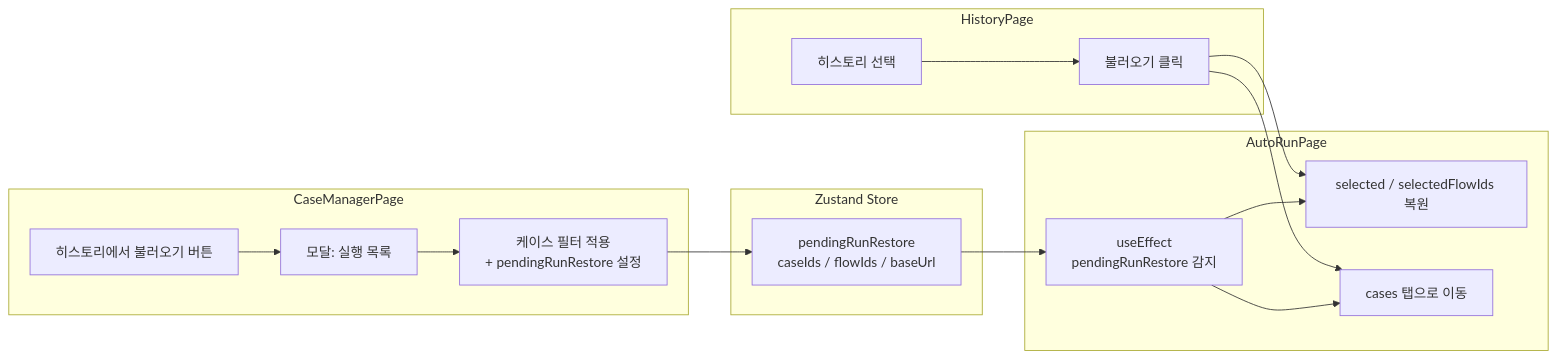
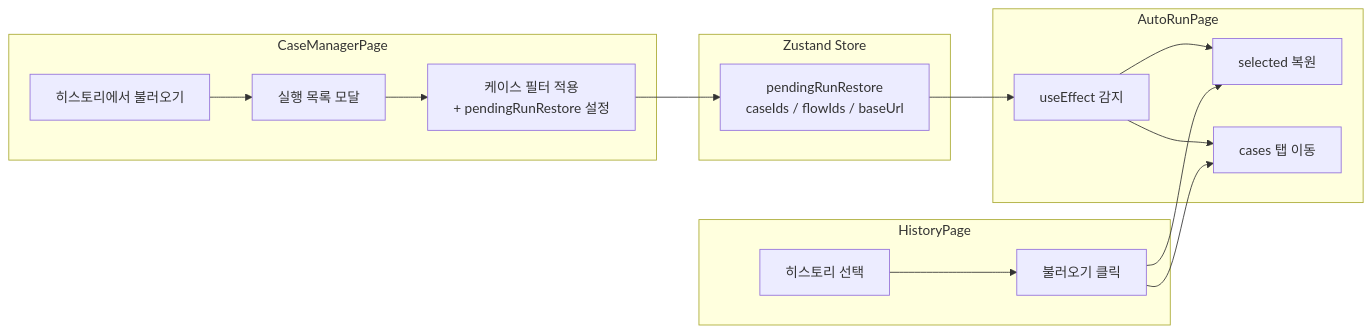
The fifth of 8 diagrams in docs/서비스플로우.md (KIMjongYoun1/QASingle), drawn with Mermaid before and after one commit. The commit also changed other lines of this file and 36 other files, not shown here.

````diff
--- a/docs/서비스플로우.md
+++ b/docs/서비스플로우.md
@@ -90,34 +140,29 @@
 ```mermaid
 flowchart LR
     subgraph HistoryPage
         H1[히스토리 선택]
         H2[불러오기 클릭]
-    end
-
-    subgraph Zustand Store
-        Z1[pendingRunRestore\ncaseIds / flowIds / baseUrl]
+        H1 --> H2
     end
 
     subgraph CaseManagerPage
-        C1[히스토리에서 불러오기 버튼]
-        C2[모달: 실행 목록]
+        C1[히스토리에서 불러오기]
+        C2[실행 목록 모달]
         C3[케이스 필터 적용\n+ pendingRunRestore 설정]
+        C1 --> C2 --> C3
+    end
+
+    subgraph ZustandStore["Zustand Store"]
+        Z1["pendingRunRestore\ncaseIds / flowIds / baseUrl"]
     end
 
     subgraph AutoRunPage
-        A1[useEffect\npendingRunRestore 감지]
-        A2[selected / selectedFlowIds 복원]
-        A3[cases 탭으로 이동]
+        A1[useEffect 감지]
+        A2[selected 복원]
+        A3[cases 탭 이동]
+        A1 --> A2 & A3
     end
 
-    H1 --> H2
-    H2 --> A2
-    H2 --> A3
-
-    C1 --> C2
-    C2 --> C3
-    C3 --> Z1
-    Z1 --> A1
-    A1 --> A2
-    A1 --> A3
+    H2 --> A2 & A3
+    C3 --> Z1 --> A1
 ```
````
